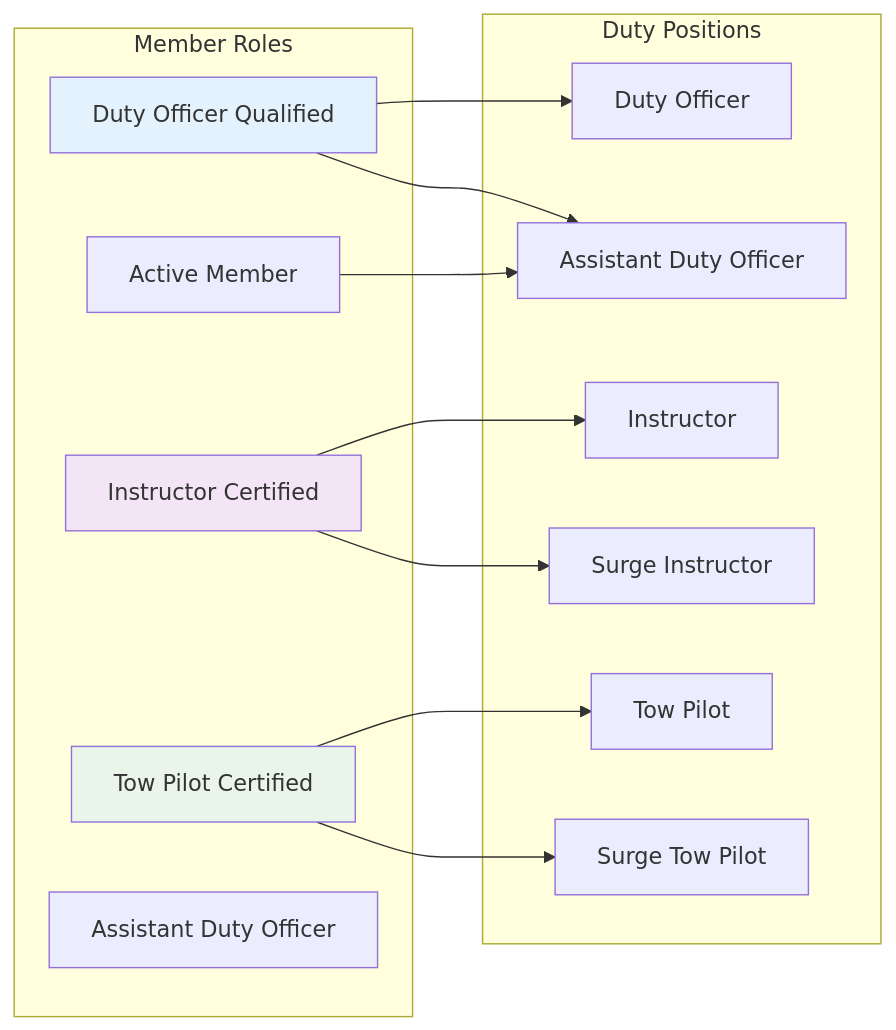
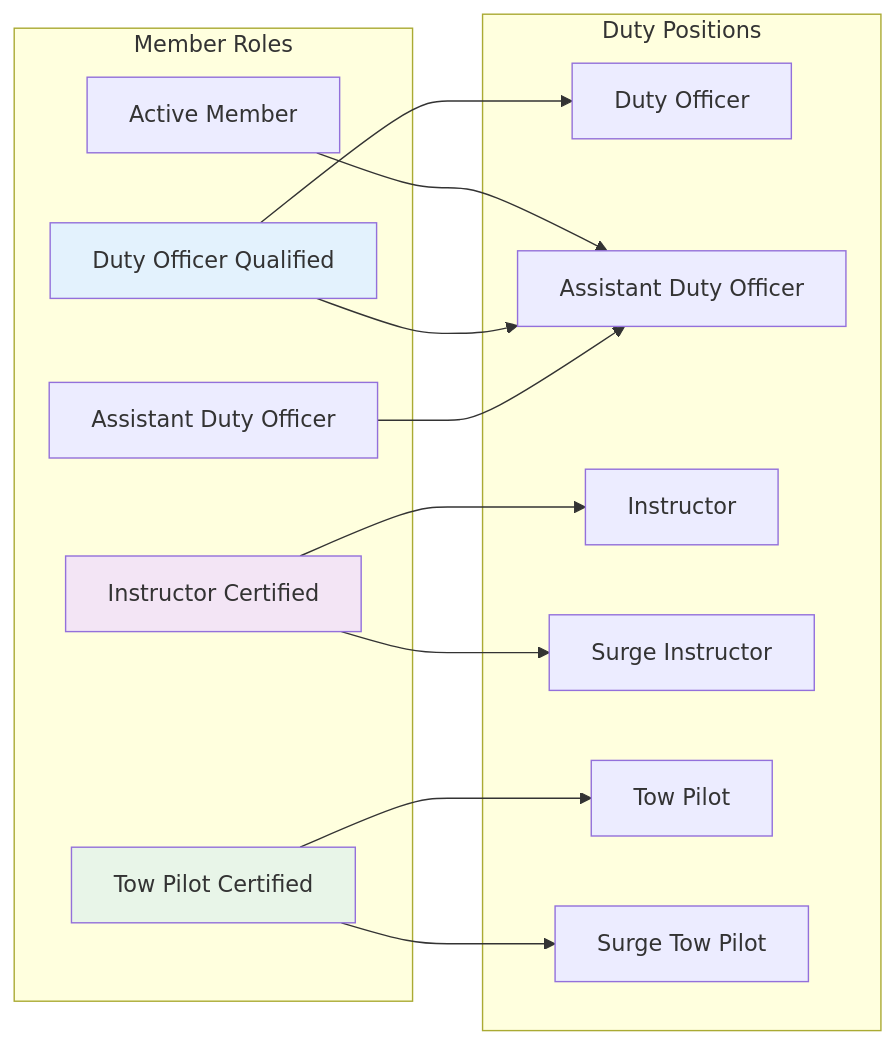
One commit to pietbarber/Manage2Soar changed the fourth of 11 diagrams in docs/workflows/05-duty-roster-workflow.md. Above: the diagram before and after it, drawn with Mermaid. The commit also changed other lines of this file and 11 other files, not shown here.

````diff
--- a/docs/workflows/05-duty-roster-workflow.md
+++ b/docs/workflows/05-duty-roster-workflow.md
@@ -151,31 +153,32 @@
 ```mermaid
 flowchart LR
     subgraph "Member Roles"
         A[Active Member]
         B[Duty Officer Qualified]
         C[Instructor Certified]
         D[Tow Pilot Certified]
         E[Assistant Duty Officer]
     end
 
     subgraph "Duty Positions"
         F[Duty Officer]
         G[Assistant Duty Officer]
         H[Instructor]
         I[Surge Instructor]
         J[Tow Pilot]
         K[Surge Tow Pilot]
     end
 
     A --> G
     B --> F
     B --> G
+    E --> G
     C --> H
     C --> I
     D --> J
     D --> K
 
     style B fill:#e3f2fd
     style C fill:#f3e5f5
     style D fill:#e8f5e8
 ```
````
